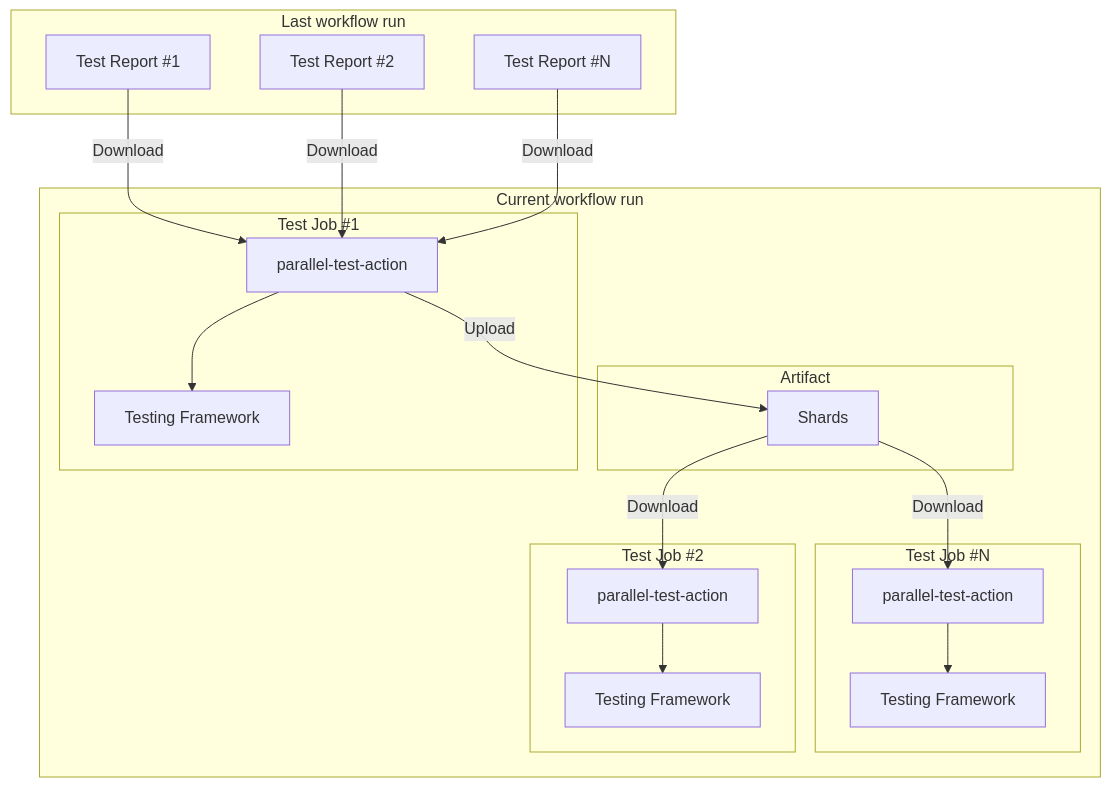
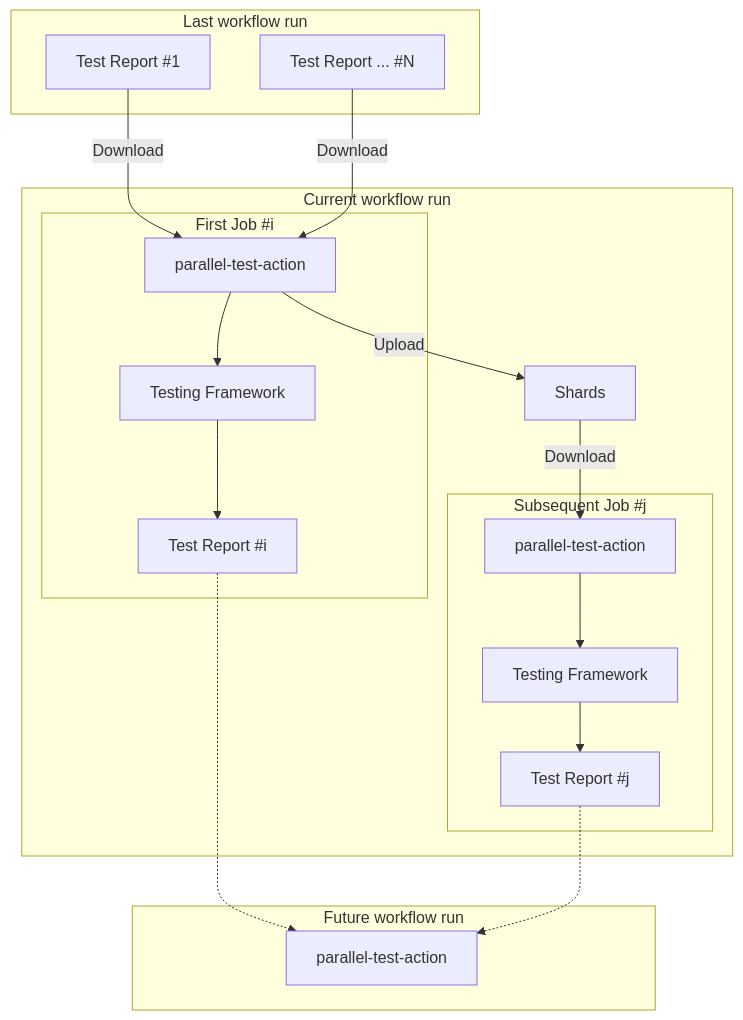
The third of 3 diagrams in README.md (int128/parallel-test-action), drawn with Mermaid before and after one commit. The commit also changed other lines of this file and 1 other file, not shown here.

````diff
--- a/README.md
+++ b/README.md
@@ -150,23 +159,21 @@
 ```mermaid
 graph TB
+  subgraph Future workflow run
+    N[parallel-test-action]
+  end
+  TR1 -.-> N
+  TR2 -.-> N
   subgraph Current workflow run
-    subgraph Artifact
-      S[Shards]
+    A1 --Upload--> S[Shards] --Download--> A2
+    subgraph J2[Subsequent Job #j]
+      A2[parallel-test-action] --> T2[Testing Framework] --> TR2[Test Report #j]
     end
-    subgraph J3[Test Job #N]
-      S --Download--> A3[parallel-test-action] --> T3[Testing Framework]
-    end
-    subgraph J2[Test Job #2]
-      S --Download--> A2[parallel-test-action] --> T2[Testing Framework]
-    end
-    subgraph J1[Test Job #1]
-      A1[parallel-test-action] --> T1[Testing Framework]
-      A1 --Upload--> S
+    subgraph J1[First Job #i]
+      A1[parallel-test-action] --> T1[Testing Framework] --> TR1[Test Report #i]
     end
   end
   subgraph Last workflow run
     LTR1[Test Report #1] --Download--> A1
-    LTR2[Test Report #2] --Download--> A1
-    LTR3[Test Report #N] --Download--> A1
+    LTR2[Test Report ... #N] --Download--> A1
   end
 ```
````
